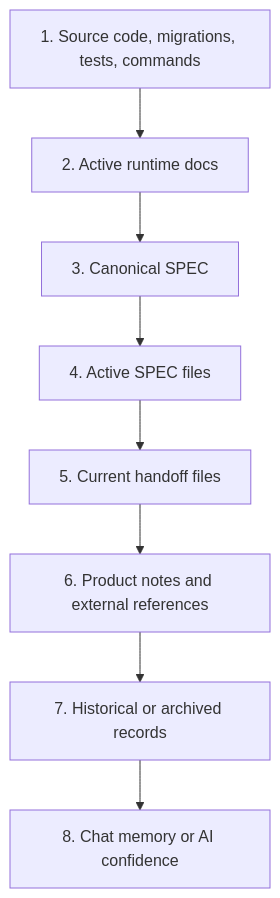
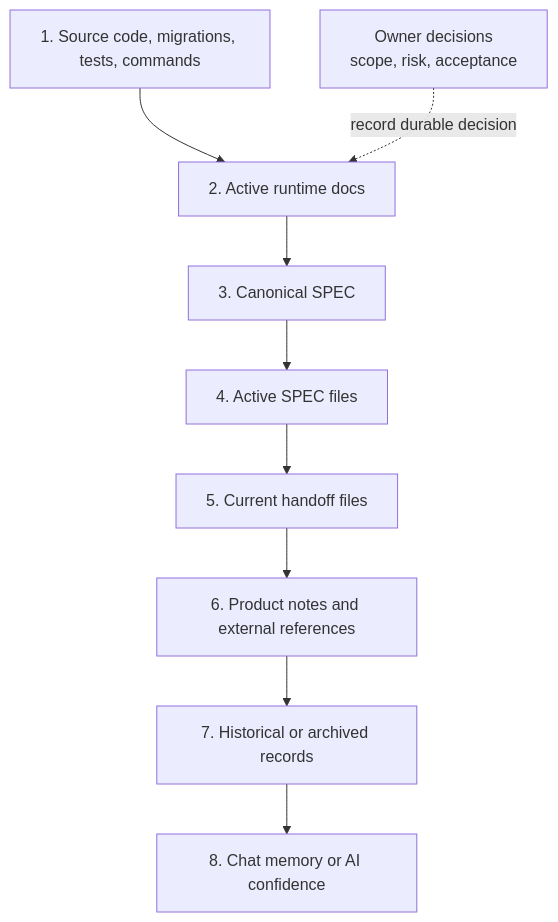
The third of 7 diagrams in docs/diagrams.md (LiveTrack-X/spec-driven-ai-development), drawn with Mermaid before and after one commit. The commit also changed other lines of this file and 14 other files, not shown here.

````diff
--- a/docs/diagrams.md
+++ b/docs/diagrams.md
@@ -42,10 +42,11 @@
 ```mermaid
 flowchart TD
     S1["1. Source code, migrations, tests, commands"] --> S2["2. Active runtime docs"]
     S2 --> S3["3. Canonical SPEC"]
     S3 --> S4["4. Active SPEC files"]
     S4 --> S5["5. Current handoff files"]
     S5 --> S6["6. Product notes and external references"]
     S6 --> S7["7. Historical or archived records"]
     S7 --> S8["8. Chat memory or AI confidence"]
+    O["Owner decisions\nscope, risk, acceptance"] -. "record durable decision" .-> S2
 ```
````
